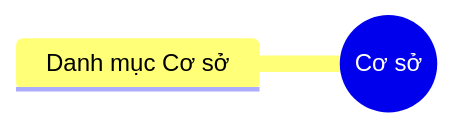
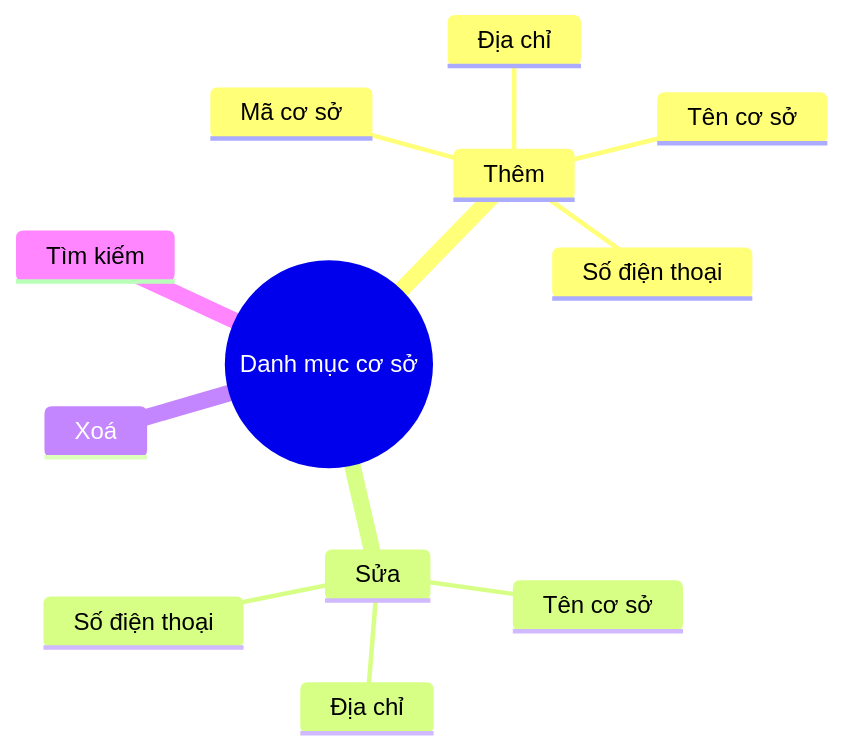
One commit to nthanhdo/mems-brainstorm changed the diagram in mindmap-coso.md. Above: the diagram before and after it, drawn with Mermaid.

````diff
--- a/mindmap-coso.md
+++ b/mindmap-coso.md
@@ -1,5 +1,17 @@
 ```mermaid
 mindmap
-  root((Cơ sở))
-      Danh mục Cơ sở
+  root((Danh mục cơ sở))
+      Thêm
+        Mã cơ sở
+        Tên cơ sở
+        Địa chỉ
+        Số điện thoại
+      Sửa
+        Tên cơ sở
+        Địa chỉ
+        Số điện thoại
+      Xoá
+        
+      Tìm kiếm
+      
 ```
````
